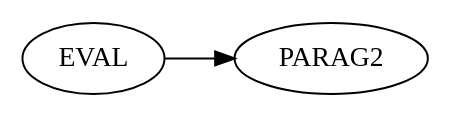
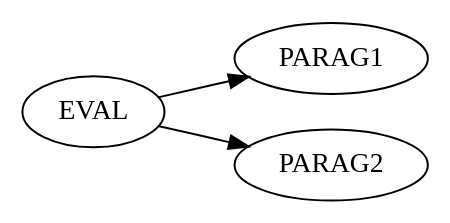
The diagram in clients/analysis/src/__tests__/__resources__/cfgraph/case29.result.dot (eclipse-che4z/che-che4z-lsp-for-cobol), drawn with Graphviz before and after one commit. The commit also changed 8 other files, not shown here.

```diff
--- a/clients/analysis/src/__tests__/__resources__/cfgraph/case29.result.dot
+++ b/clients/analysis/src/__tests__/__resources__/cfgraph/case29.result.dot
@@ -1,4 +1,5 @@
 digraph A {
 rankdir=LR;
+<EVAL>-><PARAG1>;
 <EVAL>-><PARAG2>;
 }
```
